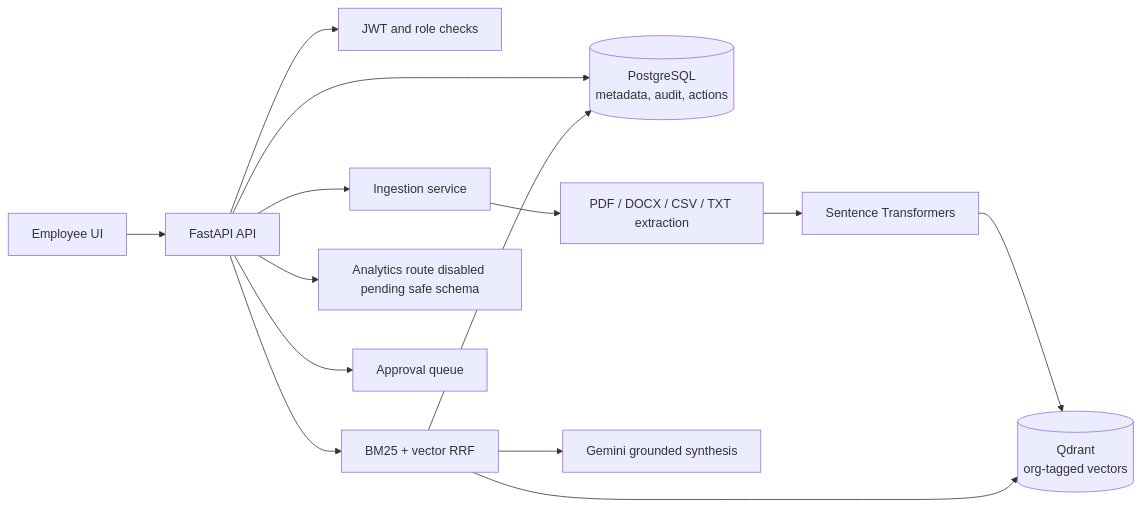
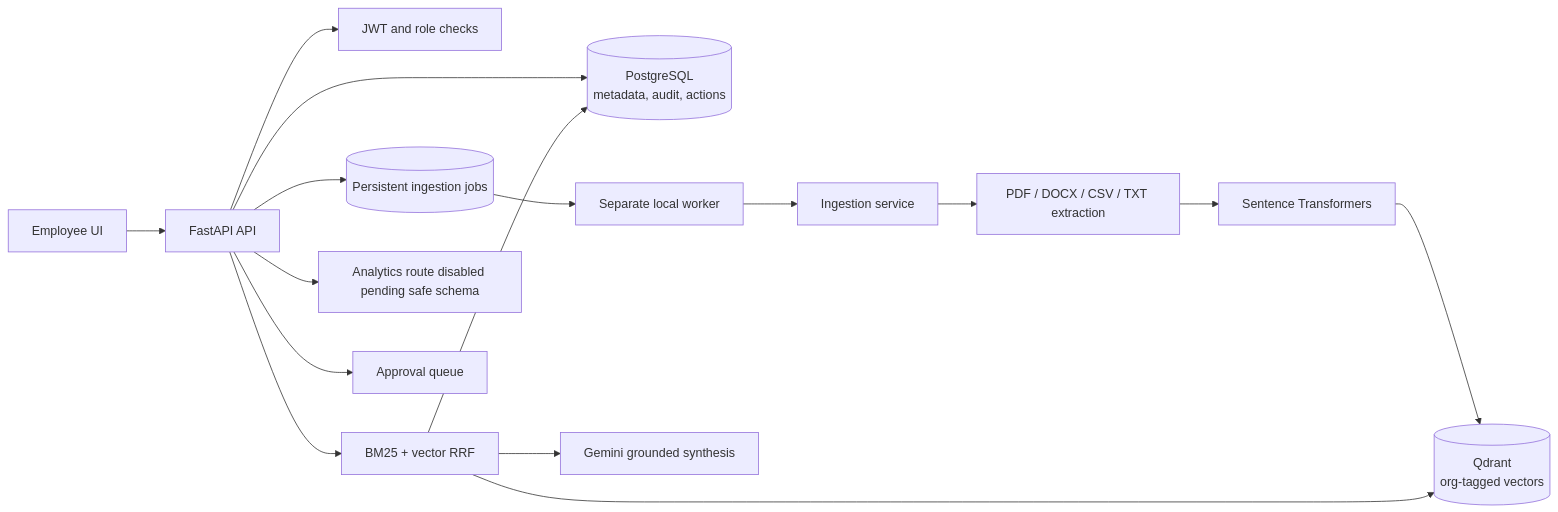
Before and after one commit to greendaffodils/Northstar: the diagram in README.md, drawn with Mermaid. The commit also changed other lines of this file and 19 other files, not shown here.

````diff
--- a/README.md
+++ b/README.md
@@ -46,16 +52,18 @@
 ```mermaid
 flowchart LR
   U[Employee UI] --> API[FastAPI API]
   API --> AUTH[JWT and role checks]
   API --> PG[(PostgreSQL<br/>metadata, audit, actions)]
-  API --> ING[Ingestion service]
+  API --> JOB[(Persistent ingestion jobs)]
+  JOB --> WORKER[Separate local worker]
+  WORKER --> ING[Ingestion service]
   ING --> EXT[PDF / DOCX / CSV / TXT extraction]
   EXT --> EMB[Sentence Transformers]
   EMB --> Q[(Qdrant<br/>org-tagged vectors)]
   API --> RET[BM25 + vector RRF]
   RET --> Q
   RET --> PG
   RET --> GEN[Gemini grounded synthesis]
   API --> SQL[Analytics route disabled pending safe schema]
   API --> ACT[Approval queue]
 ```
````
